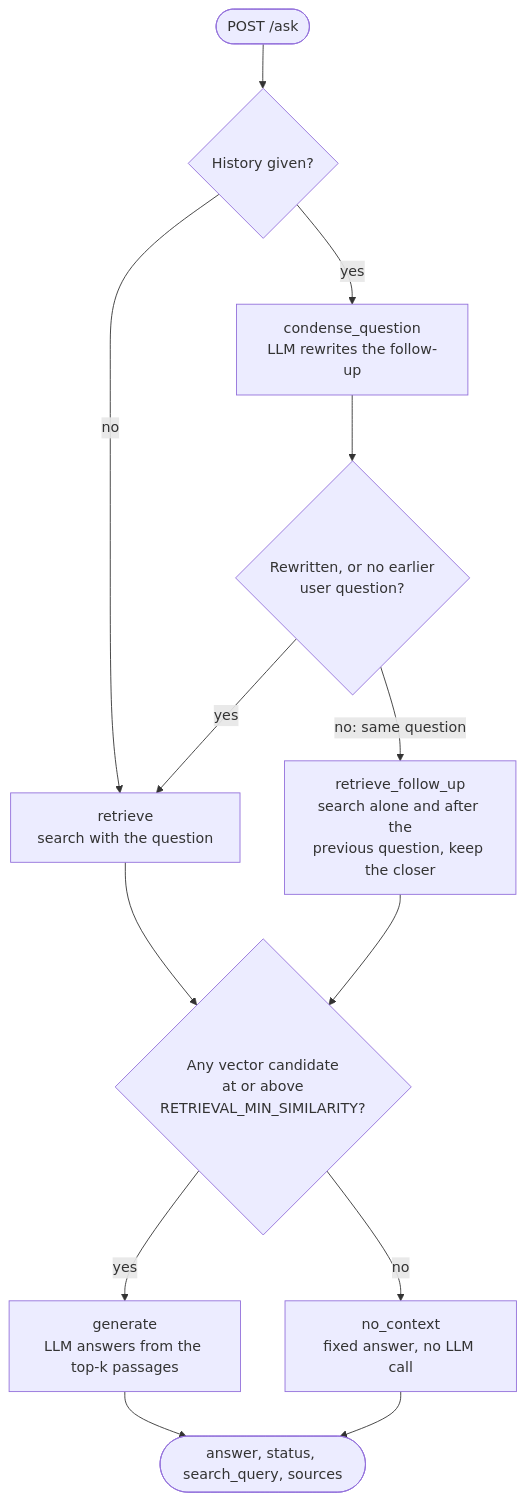
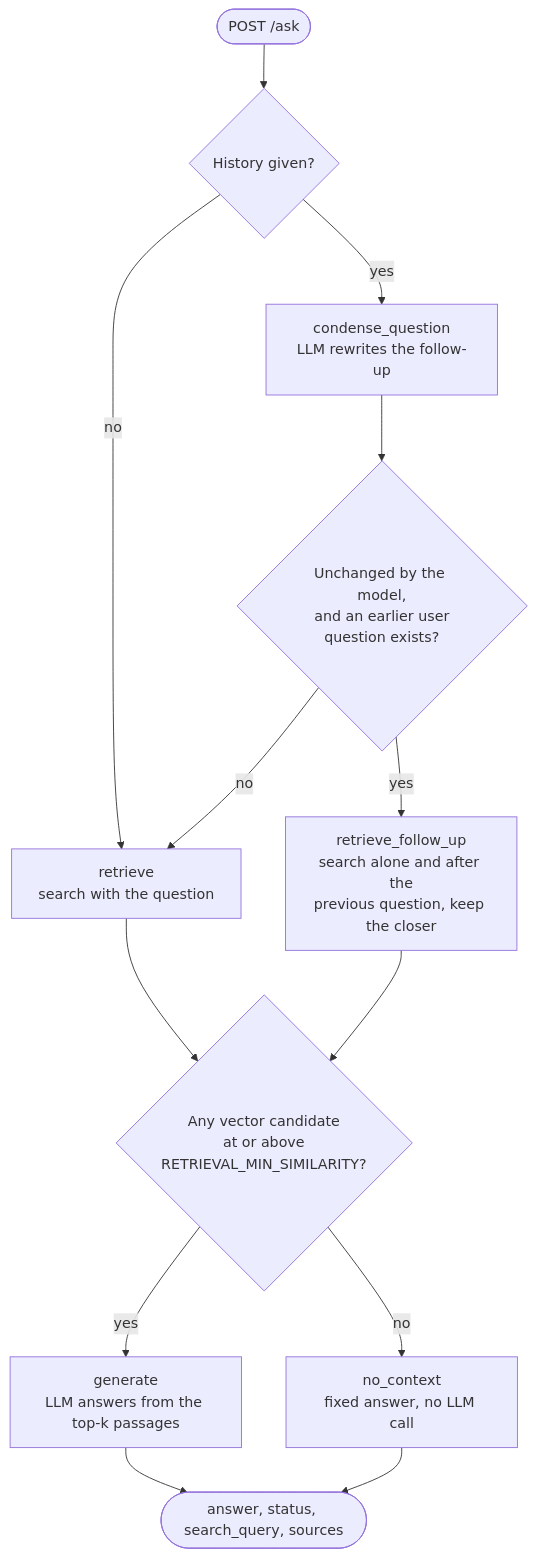
Before and after one commit to berkkaradalan/pwc-task: the third of 4 diagrams in docs/architecture.md, drawn with Mermaid. The commit also changed other lines of this file and 7 other files, not shown here.

````diff
--- a/docs/architecture.md
+++ b/docs/architecture.md
@@ -92,15 +92,15 @@
 ```mermaid
 flowchart TD
     start(["POST /ask"]) --> hist{"History given?"}
     hist -->|no| retrieve["retrieve<br/>search with the question"]
     hist -->|yes| condense["condense_question<br/>LLM rewrites the follow-up"]
-    condense --> changed{"Rewritten, or no earlier<br/>user question?"}
-    changed -->|yes| retrieve
-    changed -->|"no: same question"| followup["retrieve_follow_up<br/>search alone and after the<br/>previous question, keep the closer"]
+    condense --> changed{"Unchanged by the model,<br/>and an earlier user<br/>question exists?"}
+    changed -->|yes| followup["retrieve_follow_up<br/>search alone and after the<br/>previous question, keep the closer"]
+    changed -->|no| retrieve
     retrieve --> gate{"Any vector candidate<br/>at or above<br/>RETRIEVAL_MIN_SIMILARITY?"}
     followup --> gate
     gate -->|yes| generate["generate<br/>LLM answers from the top-k passages"]
     gate -->|no| nocontext["no_context<br/>fixed answer, no LLM call"]
     generate --> done(["answer, status, search_query, sources"])
     nocontext --> done
 ```
````
